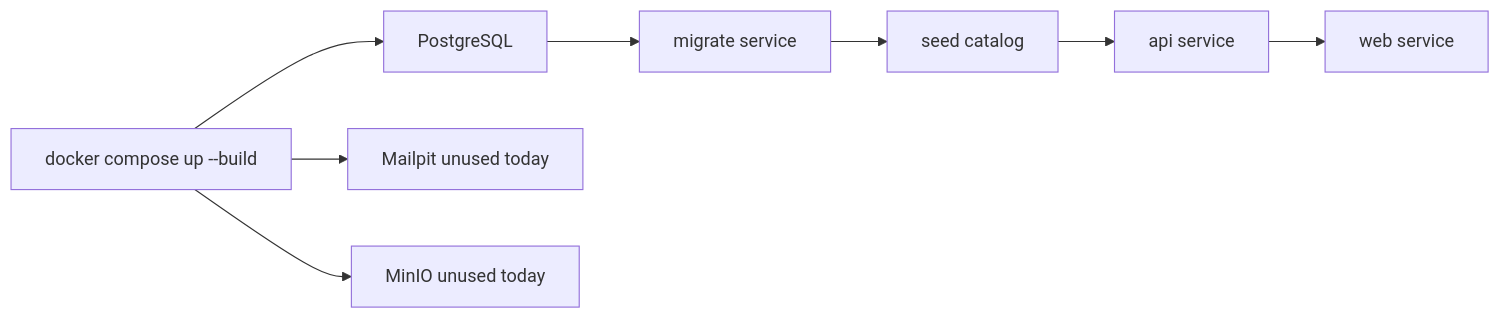
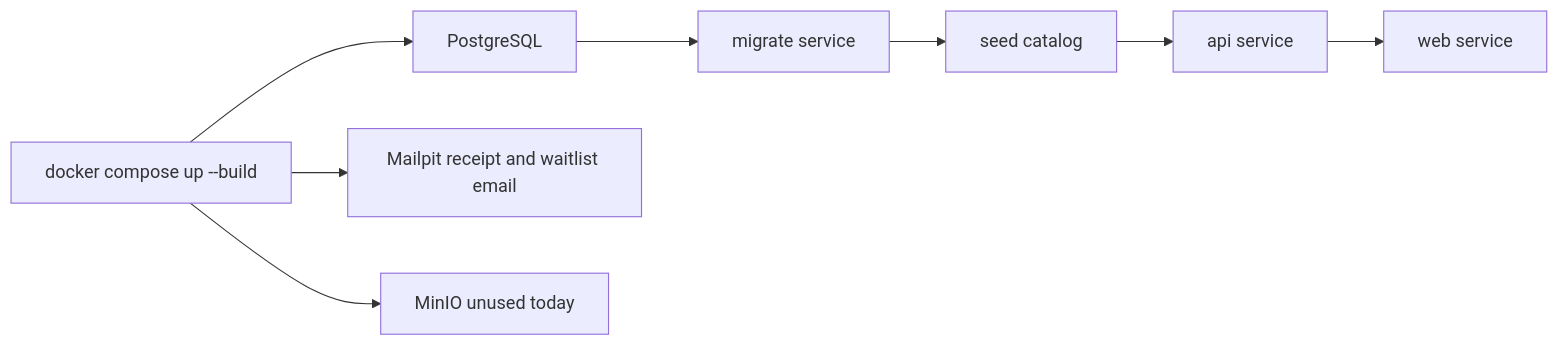
Diagram 15 of 15 in docs/data-flow-and-process-flows.md (jrcarrera/camp-registration), drawn with Mermaid before and after one commit. The commit also changed other lines of this file and 42 other files, not shown here.

````diff
--- a/docs/data-flow-and-process-flows.md
+++ b/docs/data-flow-and-process-flows.md
@@ -847,19 +882,19 @@
 ```mermaid
 flowchart LR
     compose["docker compose up --build"]
     postgres["PostgreSQL"]
     migrate["migrate service"]
     seed["seed catalog"]
     api["api service"]
     web["web service"]
-    mailpit["Mailpit unused today"]
+    mailpit["Mailpit receipt and waitlist email"]
     minio["MinIO unused today"]
 
     compose --> postgres
     postgres --> migrate
     migrate --> seed
     seed --> api
     api --> web
     compose --> mailpit
     compose --> minio
 ```
````
